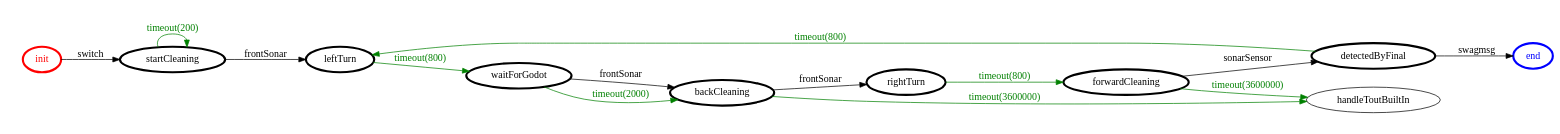
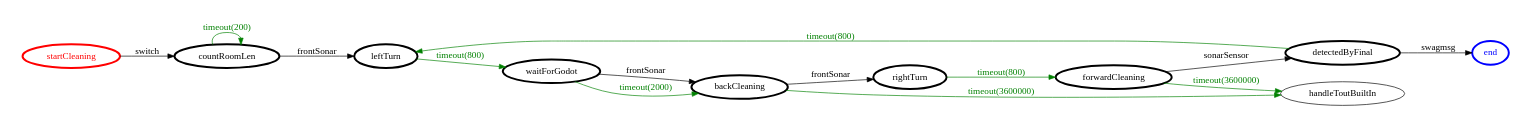
The diagram in it.unibo.finalTask2018/srcMore/it/unibo/swag3/swag3.gv (FFrabetti/ProgettoISS_relazione), drawn with Graphviz before and after one commit. The commit also changed 18 other files, not shown here.

```diff
--- a/it.unibo.finalTask2018/srcMore/it/unibo/swag3/swag3.gv
+++ b/it.unibo.finalTask2018/srcMore/it/unibo/swag3/swag3.gv
@@ -1,35 +1,35 @@
 /*
 *
 * A GraphViz DOT FSM description 
 * Please use a GraphViz visualizer (like http://www.webgraphviz.com)
 *  
 */
 
 digraph finite_state_machine {
 	rankdir=LR
 	size="8,5"
 	
-	init [ color = red ][ fontcolor = red ][ penwidth = 3 ]
+	startCleaning [ color = red ][ fontcolor = red ][ penwidth = 3 ]
 	forwardCleaning [ color = black ][ fontcolor = black ][ penwidth = 3 ]
 	rightTurn [ color = black ][ fontcolor = black ][ penwidth = 3 ]
 	waitForGodot [ color = black ][ fontcolor = black ][ penwidth = 3 ]
-	startCleaning [ color = black ][ fontcolor = black ][ penwidth = 3 ]
 	detectedByFinal [ color = black ][ fontcolor = black ][ penwidth = 3 ]
 	leftTurn [ color = black ][ fontcolor = black ][ penwidth = 3 ]
 	backCleaning [ color = black ][ fontcolor = black ][ penwidth = 3 ]
+	countRoomLen [ color = black ][ fontcolor = black ][ penwidth = 3 ]
 	end [ color = blue ][ fontcolor = blue ][ penwidth = 3 ]
 	
 	waitForGodot -> backCleaning [ label = "frontSonar" ][ color = black ][ fontcolor = black ]
 	detectedByFinal -> end [ label = "swagmsg" ][ color = black ][ fontcolor = black ]
 	backCleaning -> rightTurn [ label = "frontSonar" ][ color = black ][ fontcolor = black ]
-	startCleaning -> startCleaning [ label = "timeout(200)" ][ color = green ][ fontcolor = green ]
-	init -> startCleaning [ label = "switch" ][ color = black ][ fontcolor = black ]
+	countRoomLen -> leftTurn [ label = "frontSonar" ][ color = black ][ fontcolor = black ]
 	leftTurn -> waitForGodot [ label = "timeout(800)" ][ color = green ][ fontcolor = green ]
-	startCleaning -> leftTurn [ label = "frontSonar" ][ color = black ][ fontcolor = black ]
+	startCleaning -> countRoomLen [ label = "switch" ][ color = black ][ fontcolor = black ]
+	countRoomLen -> countRoomLen [ label = "timeout(200)" ][ color = green ][ fontcolor = green ]
 	rightTurn -> forwardCleaning [ label = "timeout(800)" ][ color = green ][ fontcolor = green ]
 	forwardCleaning -> detectedByFinal [ label = "sonarSensor" ][ color = black ][ fontcolor = black ]
 	detectedByFinal -> leftTurn [ label = "timeout(800)" ][ color = green ][ fontcolor = green ]
 	waitForGodot -> backCleaning [ label = "timeout(2000)" ][ color = green ][ fontcolor = green ]
 	forwardCleaning -> handleToutBuiltIn [ label = "timeout(3600000)" ][ color = green ][ fontcolor = green ]
 	backCleaning -> handleToutBuiltIn [ label = "timeout(3600000)" ][ color = green ][ fontcolor = green ]
 }
```
